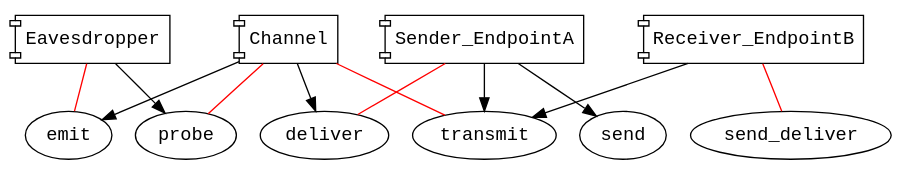
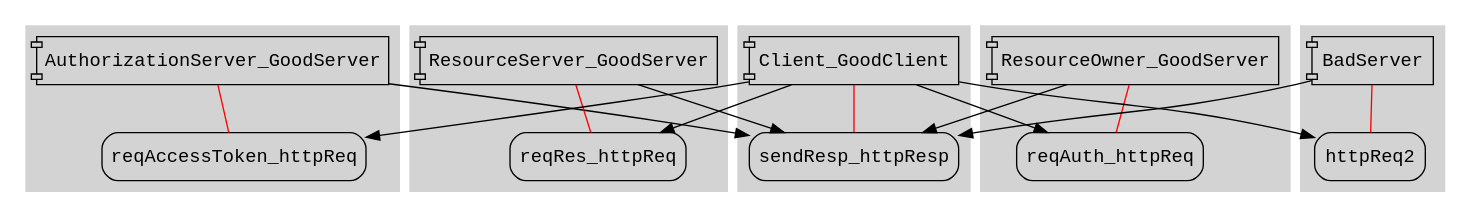
The diagram in out.dot (eskang/sdsl), drawn with Graphviz before and after one commit. The commit also changed 19 other files, not shown here.

```diff
--- a/out.dot
+++ b/out.dot
@@ -1,31 +1,43 @@
 digraph g {
-graph[fontname="courier", splines=true]
-node[fontname="courier"]
-edge[fontname="courier"]
-Eavesdropper [shape=component];
-emit [shape=ellipse];
-Eavesdropper -> emit [dir=none,color=red];
-probe [shape=ellipse];
-Eavesdropper -> probe;
-Receiver_EndpointB [shape=component];
-send_deliver [shape=ellipse];
-Receiver_EndpointB -> send_deliver [dir=none,color=red];
-transmit [shape=ellipse];
-Receiver_EndpointB -> transmit;
-Sender_EndpointA [shape=component];
-deliver [shape=ellipse];
-Sender_EndpointA -> deliver [dir=none,color=red];
-send [shape=ellipse];
-Sender_EndpointA -> send;
-transmit [shape=ellipse];
-Sender_EndpointA -> transmit;
-Channel [shape=component];
-transmit [shape=ellipse];
-Channel -> transmit [dir=none,color=red];
-probe [shape=ellipse];
-Channel -> probe [dir=none,color=red];
-deliver [shape=ellipse];
-Channel -> deliver;
-emit [shape=ellipse];
-Channel -> emit;
+graph[fontname="courier", splines=true, concentrate=true];
+node[fontname="courier"];
+edge[fontname="courier", len=1.0];
+subgraph cluster_AuthorizationServer_GoodServer { 
+style=filled; color=lightgrey;
+AuthorizationServer_GoodServer [shape=component];
+reqAccessToken_httpReq [shape=rectangle,style="rounded"];
+AuthorizationServer_GoodServer -> reqAccessToken_httpReq [dir=none,color=red];
 }
+AuthorizationServer_GoodServer -> sendResp_httpResp;
+subgraph cluster_ResourceServer_GoodServer { 
+style=filled; color=lightgrey;
+ResourceServer_GoodServer [shape=component];
+reqRes_httpReq [shape=rectangle,style="rounded"];
+ResourceServer_GoodServer -> reqRes_httpReq [dir=none,color=red];
+}
+ResourceServer_GoodServer -> sendResp_httpResp;
+subgraph cluster_ResourceOwner_GoodServer { 
+style=filled; color=lightgrey;
+ResourceOwner_GoodServer [shape=component];
+reqAuth_httpReq [shape=rectangle,style="rounded"];
+ResourceOwner_GoodServer -> reqAuth_httpReq [dir=none,color=red];
+}
+ResourceOwner_GoodServer -> sendResp_httpResp;
+subgraph cluster_BadServer { 
+style=filled; color=lightgrey;
+BadServer [shape=component];
+httpReq2 [shape=rectangle,style="rounded"];
+BadServer -> httpReq2 [dir=none,color=red];
+}
+BadServer -> sendResp_httpResp;
+subgraph cluster_Client_GoodClient { 
+style=filled; color=lightgrey;
+Client_GoodClient [shape=component];
+sendResp_httpResp [shape=rectangle,style="rounded"];
+Client_GoodClient -> sendResp_httpResp [dir=none,color=red];
+}
+Client_GoodClient -> reqAuth_httpReq;
+Client_GoodClient -> reqRes_httpReq;
+Client_GoodClient -> reqAccessToken_httpReq;
+Client_GoodClient -> httpReq2;
+}
```
